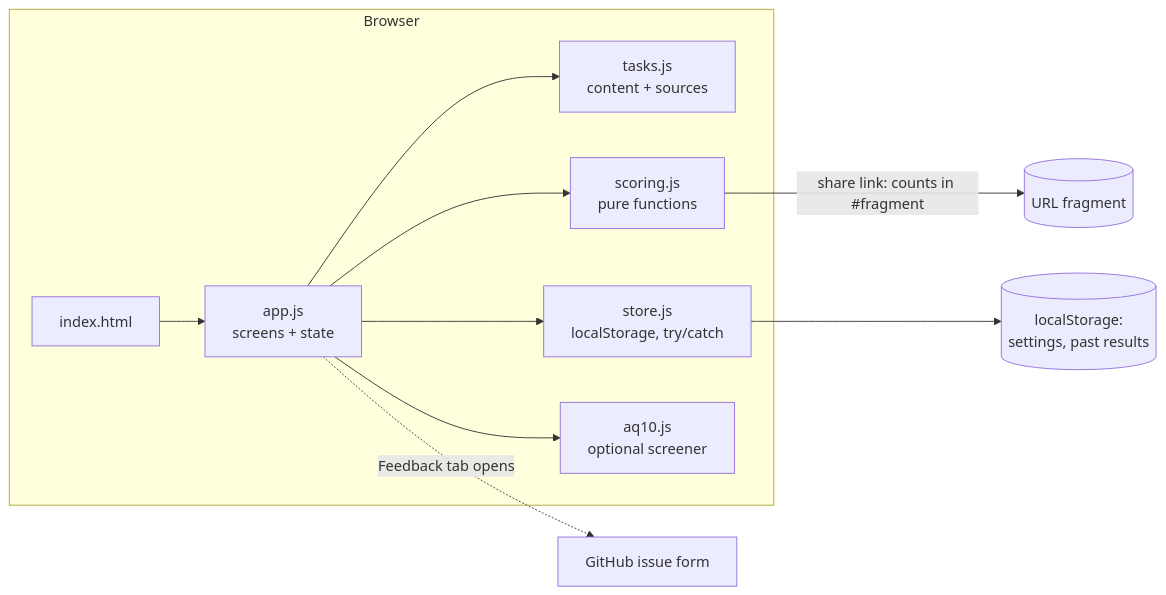
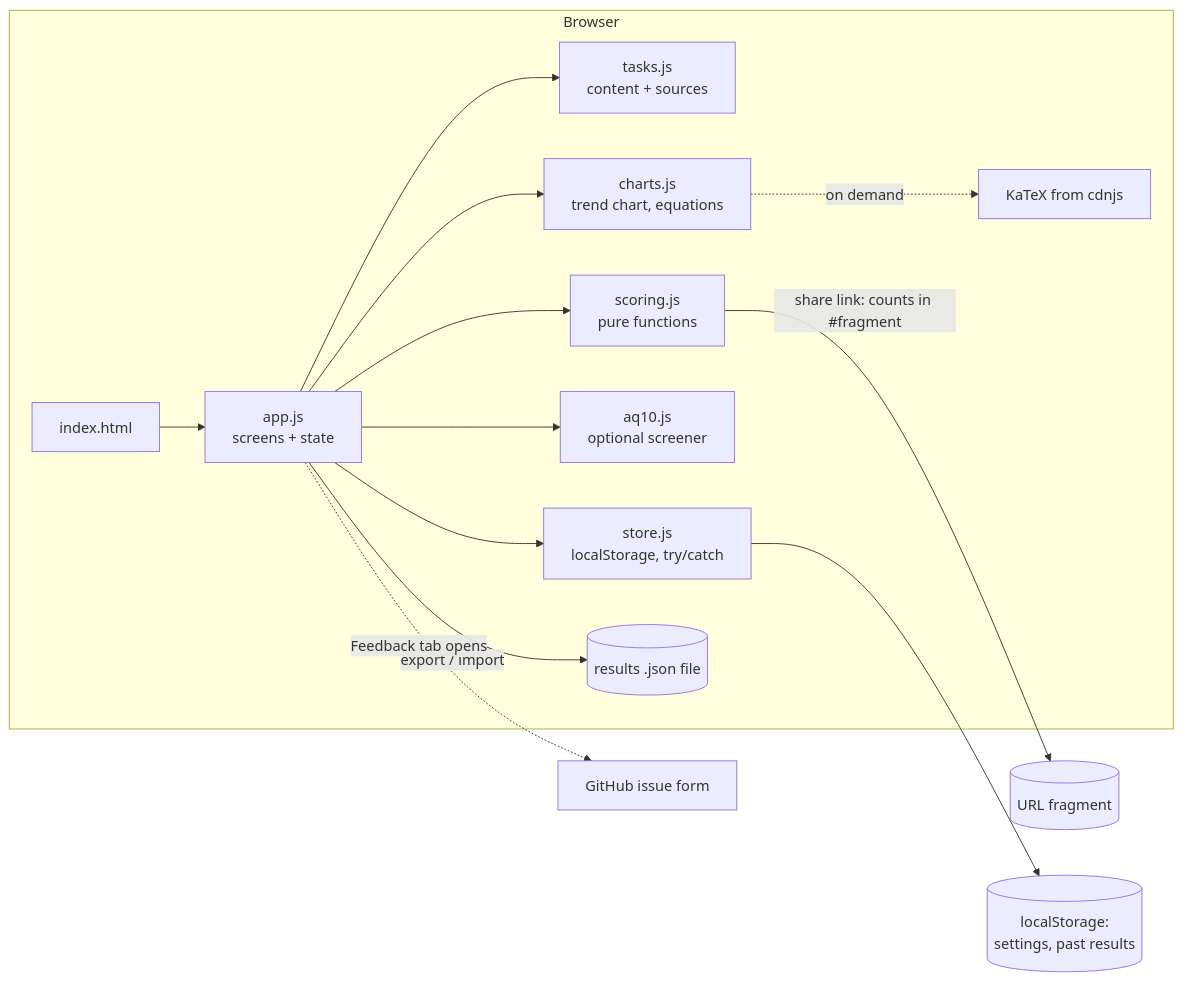
The diagram in docs/SYSTEM-DESIGN.md (amalmehta/DoYouThinkOnYourOwn), drawn with Mermaid before and after one commit. The commit also changed other lines of this file and 25 other files, not shown here.

Commit message:
Add herd rate with likely range, opinion shift size, three question sets, and results over time with export and import

````diff
--- a/docs/SYSTEM-DESIGN.md
+++ b/docs/SYSTEM-DESIGN.md
@@ -9,13 +9,16 @@
 ```mermaid
 flowchart LR
   subgraph Browser
     HTML[index.html] --> APP[app.js<br/>screens + state]
     APP --> TASKS[tasks.js<br/>content + sources]
     APP --> SCORE[scoring.js<br/>pure functions]
     APP --> STORE[store.js<br/>localStorage, try/catch]
     APP --> AQ[aq10.js<br/>optional screener]
+    APP --> CH[charts.js<br/>trend chart, equations]
+    CH -.->|on demand| KX[KaTeX from cdnjs]
+    APP -->|export / import| FILE[(results .json file)]
   end
   SCORE -->|share link: counts in #fragment| LINK[(URL fragment)]
   STORE --> LS[(localStorage:<br/>settings, past results)]
   APP -.->|Feedback tab opens| GH[GitHub issue form]
 ```
````
